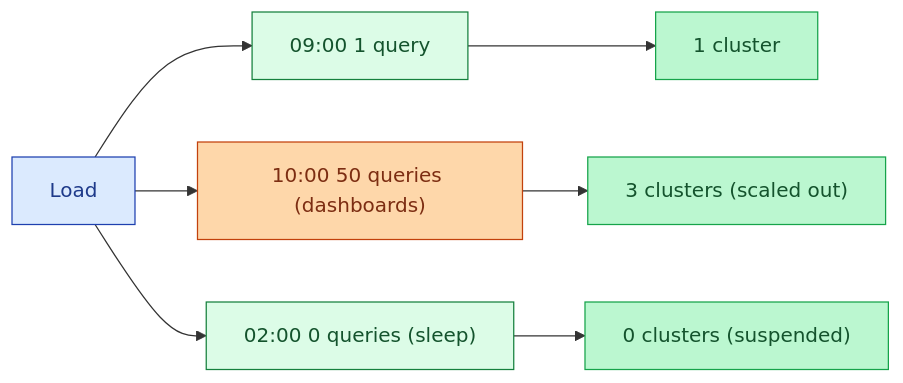
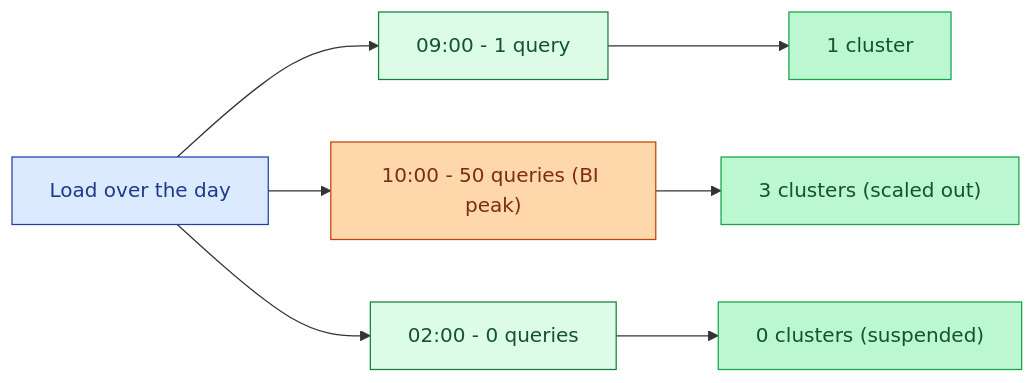
One commit to shiningflash/shiningflash.github.io changed the first of 3 diagrams in _de_concepts/058-compute-autoscaling.md. Above: the diagram before and after it, drawn with Mermaid. The commit also changed other lines of this file and 69 other files, not shown here.

````diff
--- a/_de_concepts/058-compute-autoscaling.md
+++ b/_de_concepts/058-compute-autoscaling.md
@@ -12,15 +14,15 @@
 ```mermaid
 flowchart LR
-    L["Load"]:::a
-    L --> L1["09:00 1 query"]:::low
-    L --> L2["10:00 50 queries (dashboards)"]:::high
-    L --> L3["02:00 0 queries (sleep)"]:::low
+    L["Load over the day"]:::a
+    L --> L1["09:00 - 1 query"]:::low
+    L --> L2["10:00 - 50 queries (BI peak)"]:::high
+    L --> L3["02:00 - 0 queries"]:::low
     L1 --> WH1["1 cluster"]:::g
     L2 --> WH2["3 clusters (scaled out)"]:::g
     L3 --> WH3["0 clusters (suspended)"]:::g
 
     classDef a fill:#dbeafe,stroke:#1e40af,color:#1e3a8a
     classDef low fill:#dcfce7,stroke:#15803d,color:#14532d
     classDef high fill:#fed7aa,stroke:#c2410c,color:#7c2d12
     classDef g fill:#bbf7d0,stroke:#16a34a,color:#14532d
 ```
````
